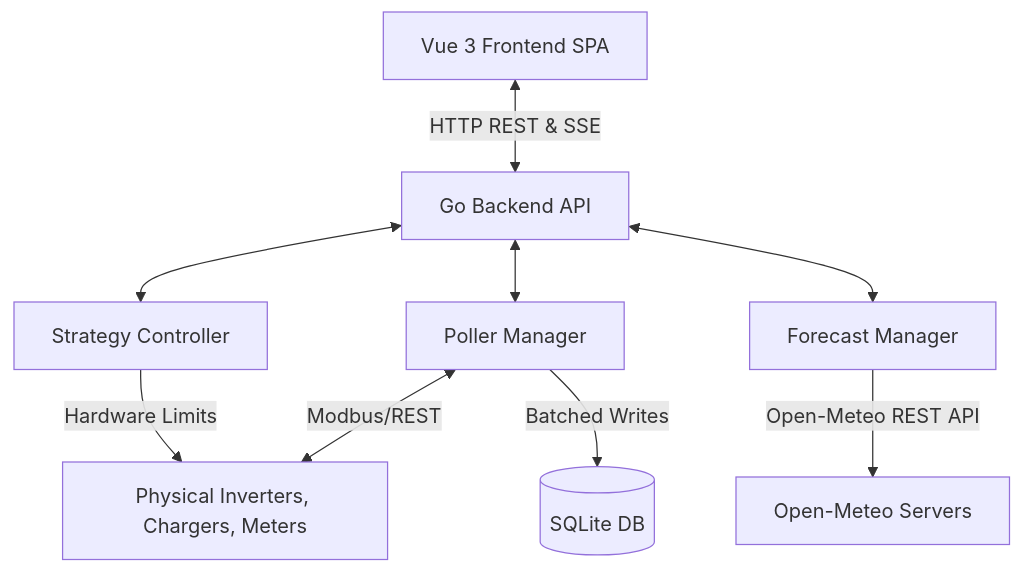
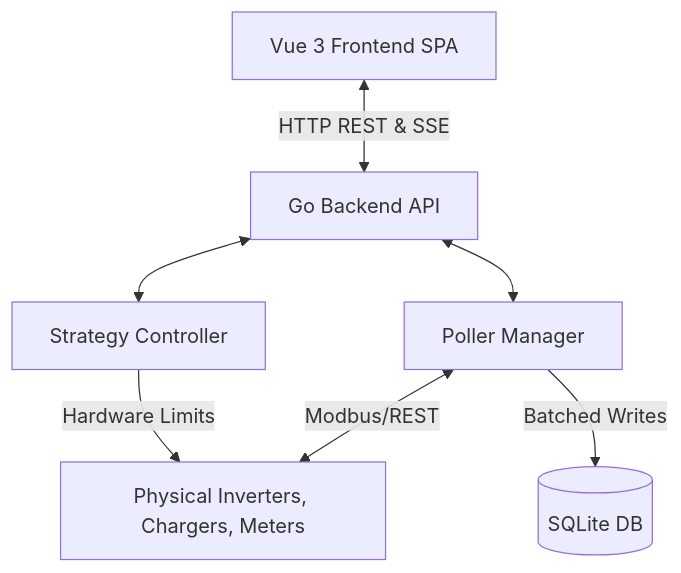
Before and after one commit to webdotpulse/NEMS: the diagram in docs/architecture.md, drawn with Mermaid. The commit also changed other lines of this file and 2 other files, not shown here.

````diff
--- a/docs/architecture.md
+++ b/docs/architecture.md
@@ -11,11 +11,9 @@
 ```mermaid
 graph TD
     UI[Vue 3 Frontend SPA] <-->|HTTP REST & SSE| API[Go Backend API]
     API <--> PM[Poller Manager]
     PM <-->|Modbus/REST| Devices[Physical Inverters, Chargers, Meters]
     PM -->|Batched Writes| DB[(SQLite DB)]
     API <--> SC[Strategy Controller]
     SC -->|Hardware Limits| Devices
-    API <--> FM[Forecast Manager]
-    FM -->|Open-Meteo REST API| OpenMeteo[Open-Meteo Servers]
 ```
````
